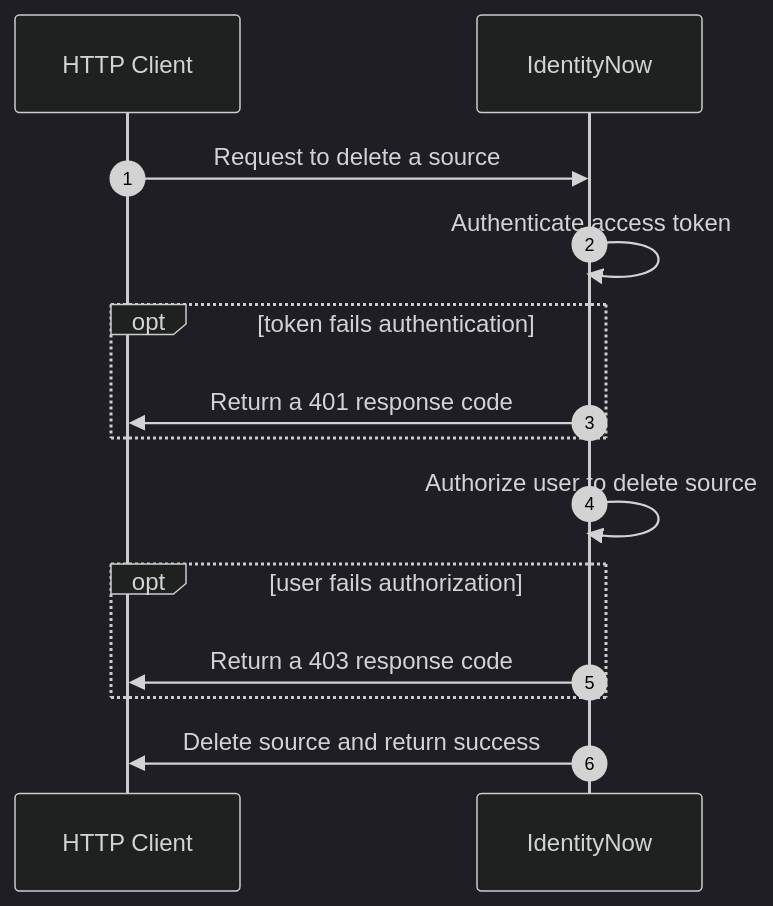
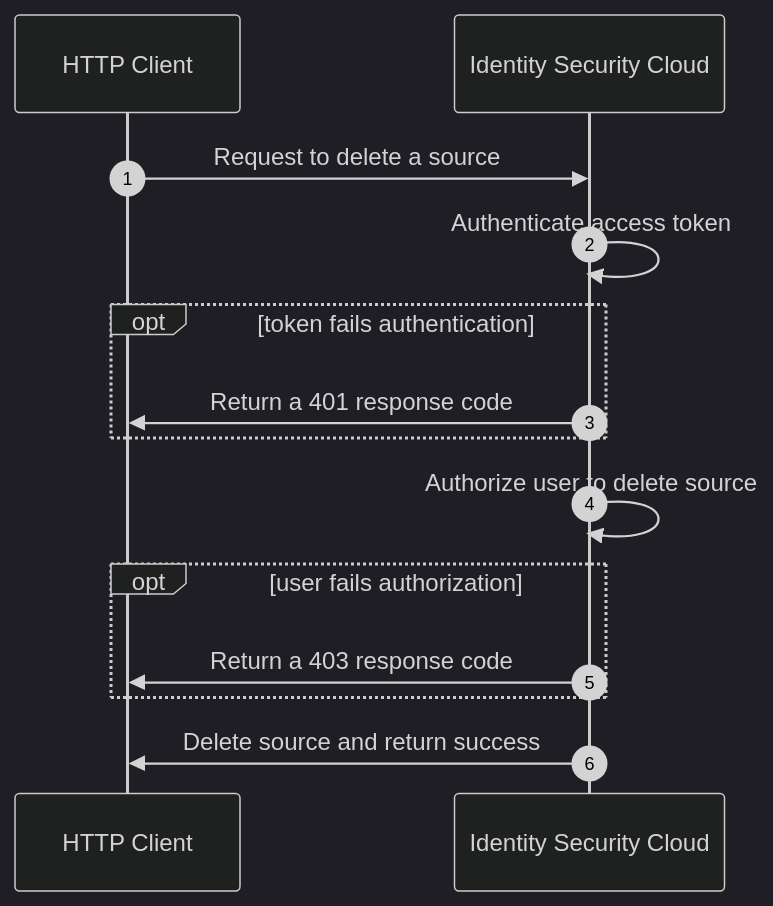
One commit to sailpoint-oss/developer.sailpoint.com changed the diagram in docs/api/authorization.md. Above: the diagram before and after it, drawn with Mermaid (dark theme). The commit also changed 93 other files, not shown here.

Commit message:
Add more redirects, update docs with Identity Security Cloud

````diff
--- a/docs/api/authorization.md
+++ b/docs/api/authorization.md
@@ -22,17 +22,17 @@
 ```mermaid
 sequenceDiagram
     autonumber
     participant H as HTTP Client
-    participant I as IdentityNow
+    participant I as Identity Security Cloud
 
     H->>I: Request to delete a source
     I->>I: Authenticate access token
     opt token fails authentication
       I->>H: Return a 401 response code
     end
     I->>I: Authorize user to delete source
     opt user fails authorization
       I->>H: Return a 403 response code
     end
     I->>H: Delete source and return success
 ```
````
